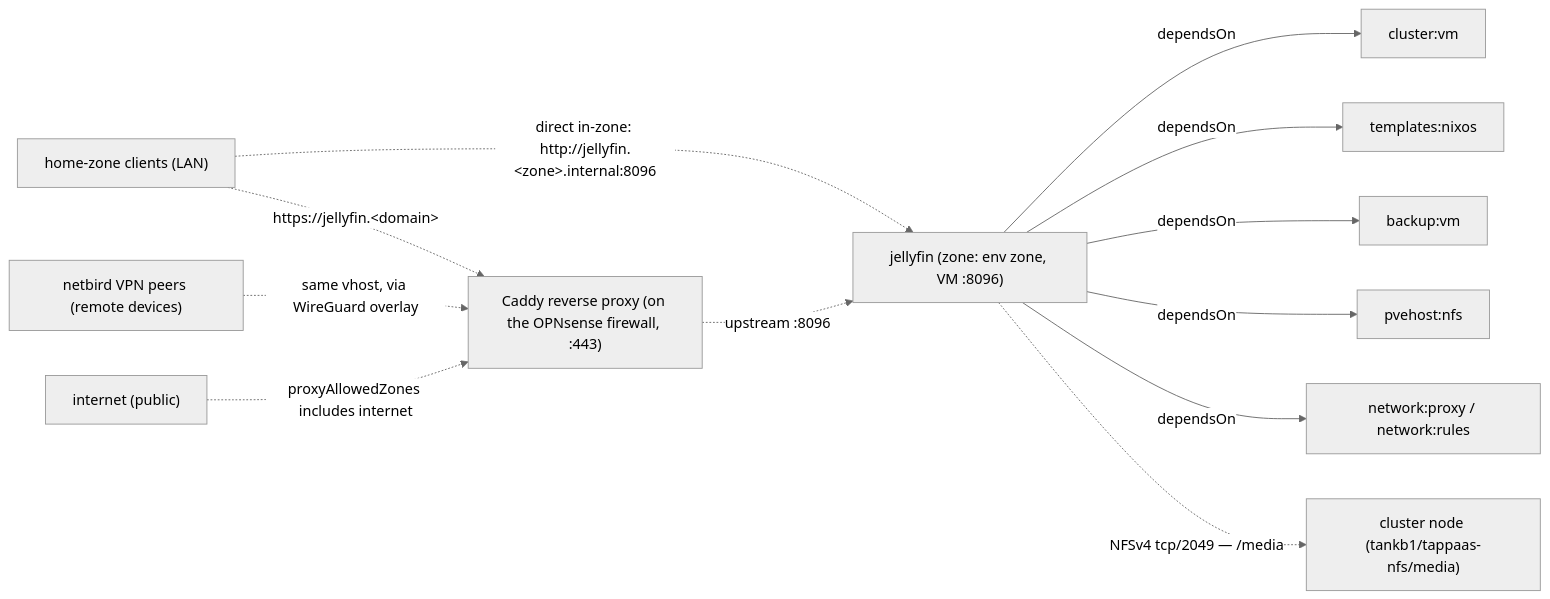
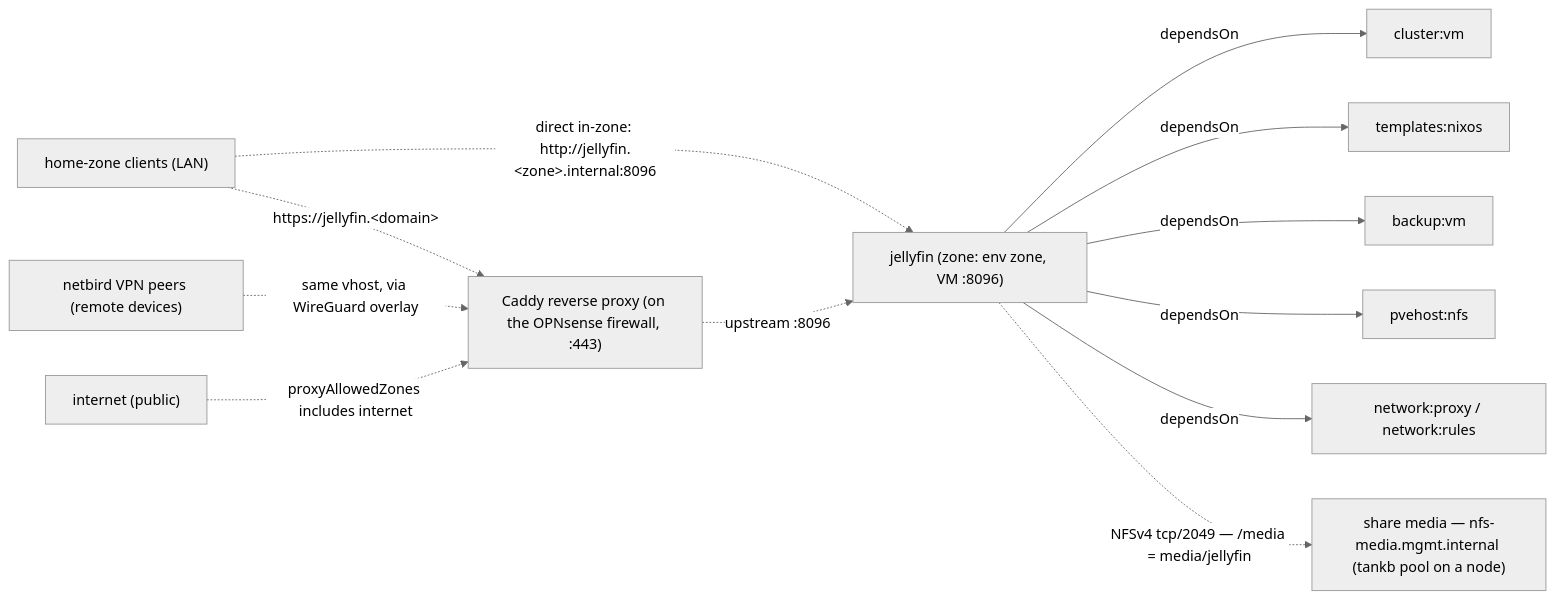
The diagram in src/home/jellyfin/README.md (TAPPaaS/TAPPaaS), drawn with Mermaid (neutral theme) before and after one commit. The commit also changed other lines of this file and 6 other files, not shown here.

First line of the commit message:
feat(jellyfin): mount the share "media" by name (ADR-029 v0.8)

````diff
--- a/src/home/jellyfin/README.md
+++ b/src/home/jellyfin/README.md
@@ -66,27 +82,27 @@
 ```mermaid
 graph LR
     jellyfin["jellyfin (zone: env zone, VM :8096)"]
     cluster["cluster:vm"]
     templates["templates:nixos"]
     backup["backup:vm"]
     nfs["pvehost:nfs"]
     netproxy["network:proxy / network:rules"]
-    node["cluster node (tankb1/tappaas-nfs/media)"]
+    node["share media — nfs-media.mgmt.internal (tankb pool on a node)"]
     caddy["Caddy reverse proxy (on the OPNsense firewall, :443)"]
     homeclients["home-zone clients (LAN)"]
     vpnpeers["netbird VPN peers (remote devices)"]
     internet["internet (public)"]
 
     jellyfin -->|dependsOn| cluster
     jellyfin -->|dependsOn| templates
     jellyfin -->|dependsOn| backup
     jellyfin -->|dependsOn| nfs
     jellyfin -->|dependsOn| netproxy
 
-    jellyfin -.->|"NFSv4 tcp/2049 — /media"| node
+    jellyfin -.->|"NFSv4 tcp/2049 — /media = media/jellyfin"| node
     homeclients -.->|"https://jellyfin.&lt;domain&gt;"| caddy
     homeclients -.->|"direct in-zone: http://jellyfin.&lt;zone&gt;.internal:8096"| jellyfin
     vpnpeers -.->|"same vhost, via WireGuard overlay"| caddy
     internet -.->|"proxyAllowedZones includes internet"| caddy
     caddy -.->|"upstream :8096"| jellyfin
 ```
````
